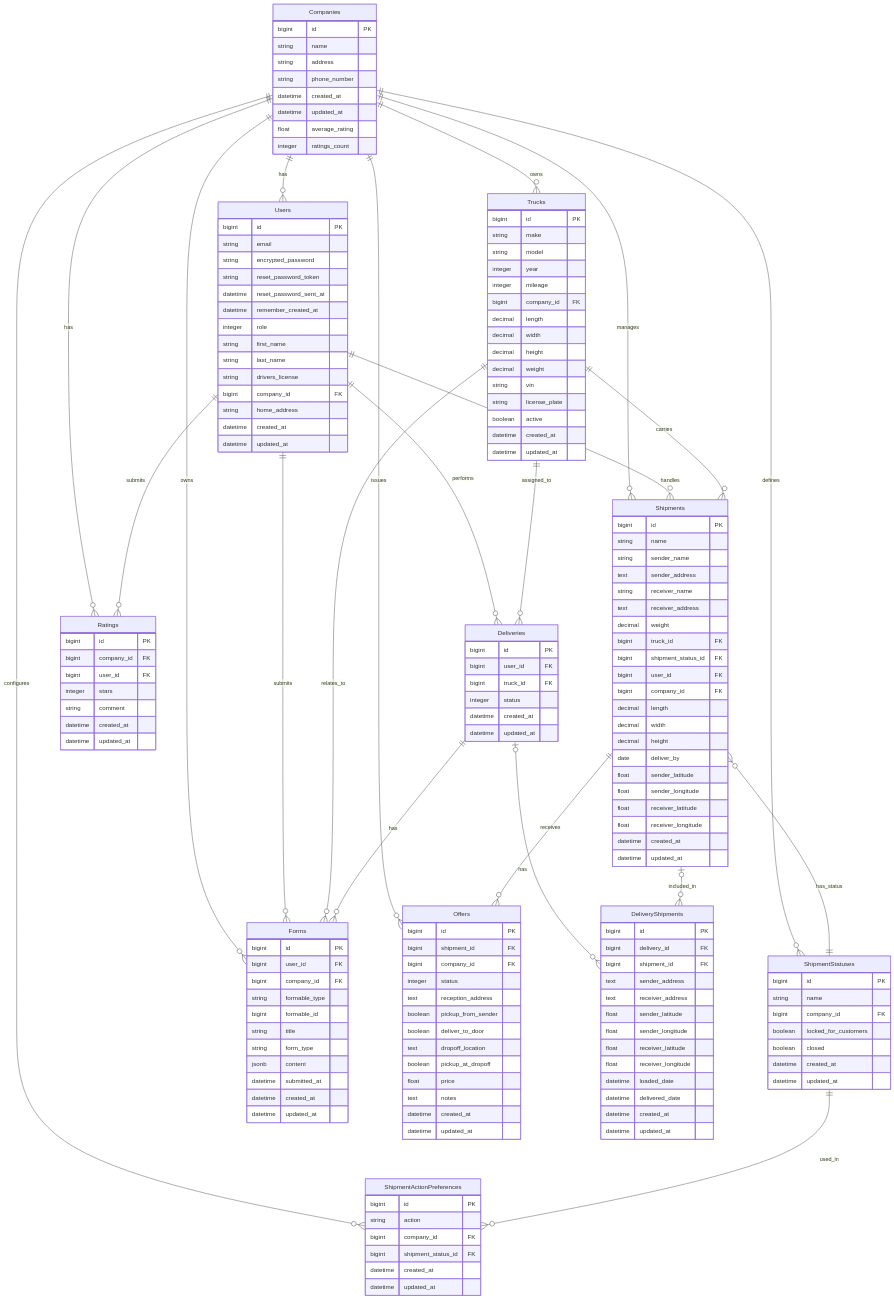
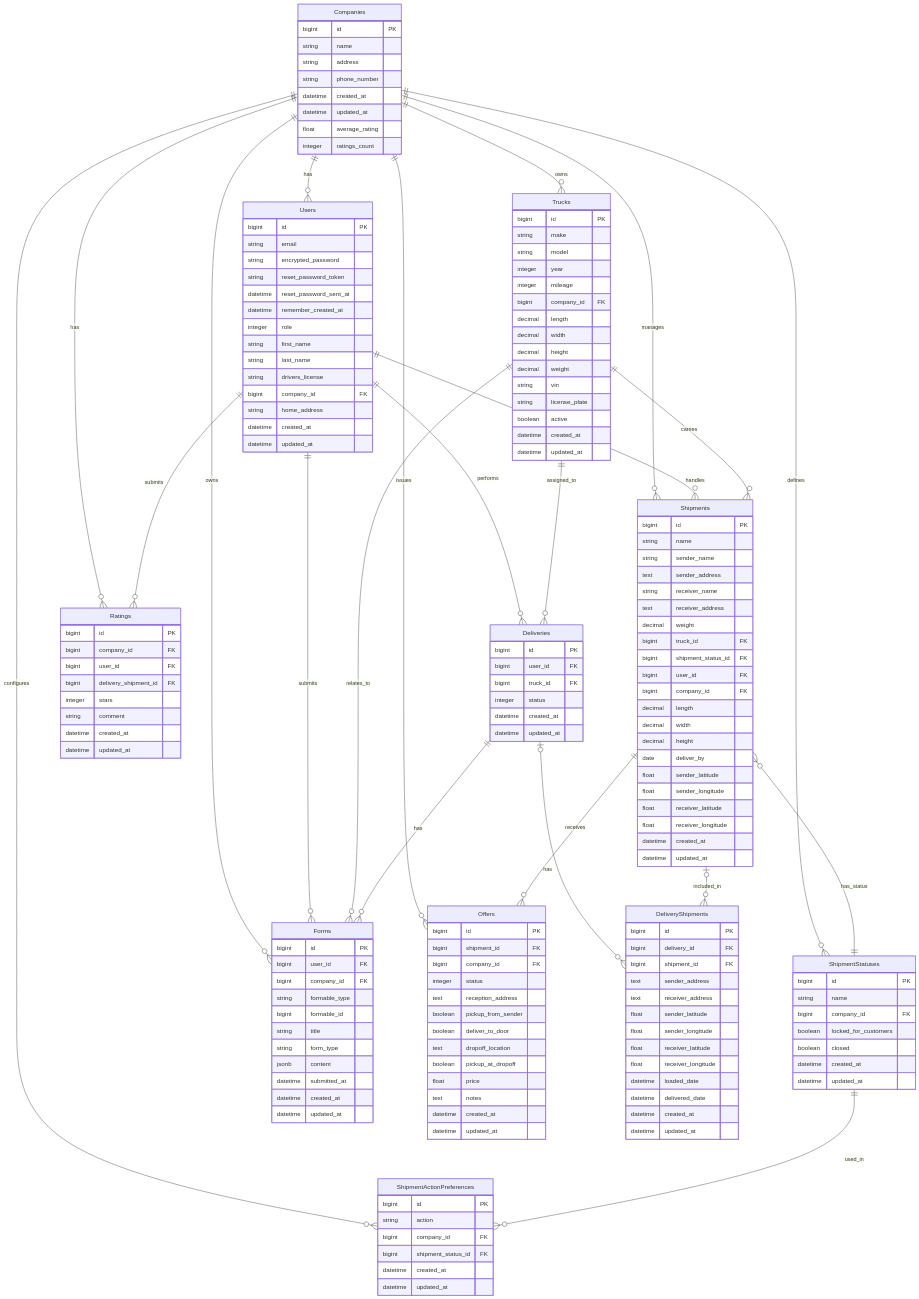
Before and after one commit to devxiongmao/truckin-along: the diagram in docs/erd.mermaid, drawn with Mermaid. The commit also changed 11 other files, not shown here.

```diff
--- a/docs/erd.mermaid
+++ b/docs/erd.mermaid
@@ -1,183 +1,184 @@
 erDiagram
     Companies ||--o{ Users : has
     Companies ||--o{ Trucks : owns
     Companies ||--o{ Shipments : manages
     Companies ||--o{ ShipmentStatuses : defines
     Companies ||--o{ ShipmentActionPreferences : configures
     Companies ||--o{ Forms : owns
     Companies ||--o{ Offers : issues
     Companies ||--o{ Ratings : has
     
     Users ||--o{ Deliveries : performs
     Users ||--o{ Shipments : handles
     Users ||--o{ Forms : submits
     Users ||--o{ Ratings : submits
 
     Shipments ||--o{ Offers : receives
     
     Trucks ||--o{ Deliveries : assigned_to
     Trucks ||--o{ Shipments : carries
     Trucks ||--o{ Forms : relates_to
     
     Shipments }o--|| ShipmentStatuses : has_status
     
     ShipmentStatuses ||--o{ ShipmentActionPreferences : used_in
     
     Deliveries |o--o{ DeliveryShipments : has
     Deliveries ||--o{ Forms : has
     
     Shipments |o--o{ DeliveryShipments : included_in
     
     Companies {
         bigint id PK
         string name
         string address
         string phone_number
         datetime created_at
         datetime updated_at
         float average_rating
         integer ratings_count
     }
 
     Ratings {
         bigint id PK
         bigint company_id FK
         bigint user_id FK
+        bigint delivery_shipment_id FK
         integer stars 
         string comment 
         datetime created_at
         datetime updated_at
     }
     
     Users {
         bigint id PK
         string email
         string encrypted_password
         string reset_password_token
         datetime reset_password_sent_at
         datetime remember_created_at
         integer role
         string first_name
         string last_name
         string drivers_license
         bigint company_id FK
         string home_address
         datetime created_at
         datetime updated_at
     }
     
     Trucks {
         bigint id PK
         string make
         string model
         integer year
         integer mileage
         bigint company_id FK
         decimal length
         decimal width
         decimal height
         decimal weight
         string vin
         string license_plate
         boolean active
         datetime created_at
         datetime updated_at
     }
     
     Deliveries {
         bigint id PK
         bigint user_id FK
         bigint truck_id FK
         integer status
         datetime created_at
         datetime updated_at
     }
     
     Shipments {
         bigint id PK
         string name
         string sender_name
         text sender_address
         string receiver_name
         text receiver_address
         decimal weight
         bigint truck_id FK
         bigint shipment_status_id FK
         bigint user_id FK
         bigint company_id FK
         decimal length
         decimal width
         decimal height
         date deliver_by
         float sender_latitude
         float sender_longitude
         float receiver_latitude
         float receiver_longitude
         datetime created_at
         datetime updated_at
     }
 
     DeliveryShipments {
         bigint id PK
         bigint delivery_id FK
         bigint shipment_id FK
         text sender_address
         text receiver_address
         float sender_latitude
         float sender_longitude
         float receiver_latitude
         float receiver_longitude
         datetime loaded_date
         datetime delivered_date
         datetime created_at
         datetime updated_at
     }
     
     ShipmentStatuses {
         bigint id PK
         string name
         bigint company_id FK
         boolean locked_for_customers
         boolean closed
         datetime created_at
         datetime updated_at
     }
     
     ShipmentActionPreferences {
         bigint id PK
         string action
         bigint company_id FK
         bigint shipment_status_id FK
         datetime created_at
         datetime updated_at
     }
     
     Forms {
         bigint id PK
         bigint user_id FK
         bigint company_id FK
         string formable_type
         bigint formable_id
         string title
         string form_type
         jsonb content
         datetime submitted_at
         datetime created_at
         datetime updated_at
     }
     
     Offers {
         bigint id PK
         bigint shipment_id FK
         bigint company_id FK
         integer status
         text reception_address
         boolean pickup_from_sender
         boolean deliver_to_door
         text dropoff_location
         boolean pickup_at_dropoff
         float price
         text notes
         datetime created_at
         datetime updated_at
     }
```
